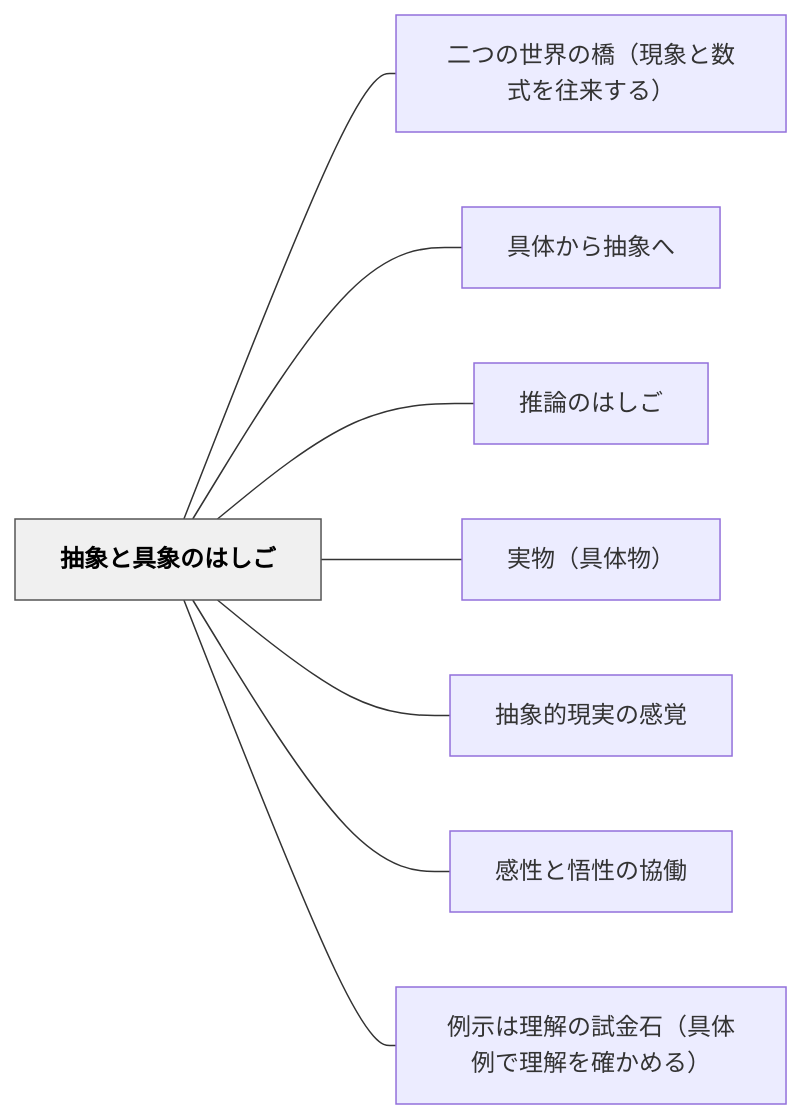
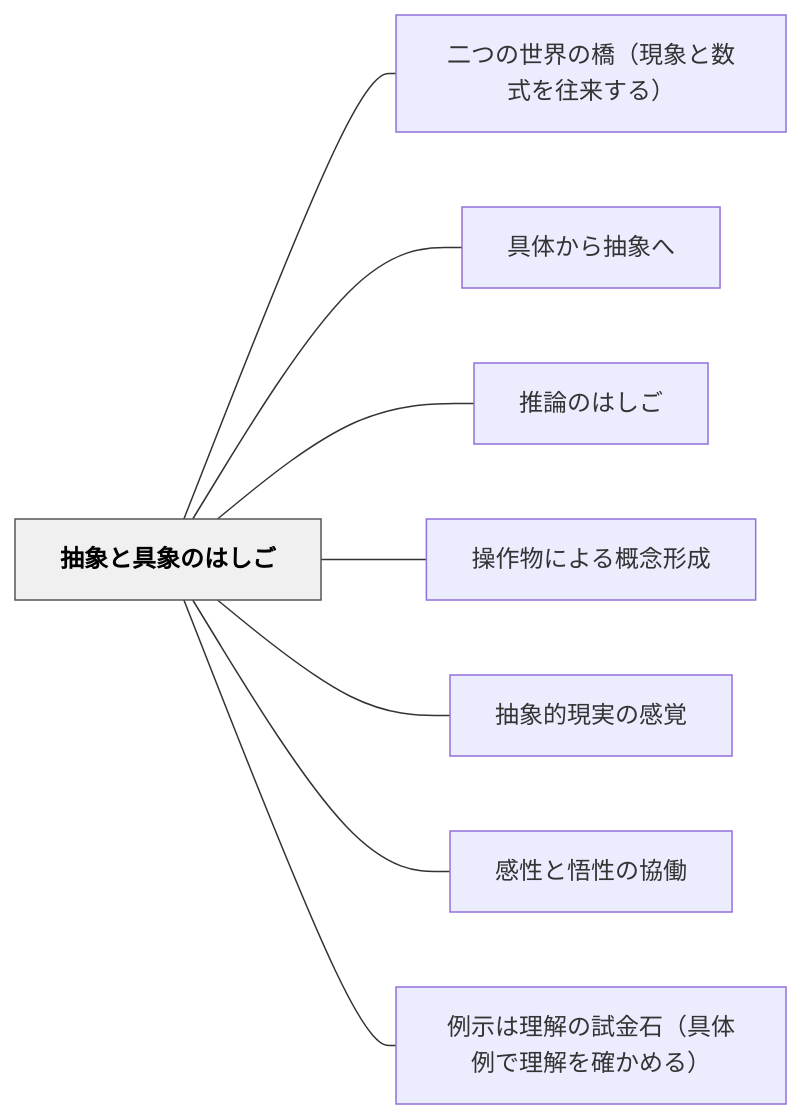
One commit to unknownthings-ed-patterns/unknownthings-ed-patterns changed the diagram in content/パタン/抽象と具象のはしご.md. Above: the diagram before and after it, drawn with Mermaid. The commit also changed other lines of this file and 13 other files, not shown here.

````diff
--- a/content/パタン/抽象と具象のはしご.md
+++ b/content/パタン/抽象と具象のはしご.md
@@ -145,22 +145,22 @@
 ```mermaid
 flowchart LR
     ne68abde8b1a1e381a8e585b7e8b1a1e381aee381afe38197e38194["抽象と具象のはしご"]
     ne4ba8ce381a4e381aee4b896e7958ce381aee6a98befbc88e78fbee8b1a1e381a8e695b0e5bc8fe38292e5be80e69da5e38199e3828befbc89["二つの世界の橋（現象と数式を往来する）"]
     ne585b7e4bd93e3818be38289e68abde8b1a1e381b8["具体から抽象へ"]
     ne68ea8e8ab96e381aee381afe38197e38194["推論のはしご"]
-    ne5ae9fe789a9efbc88e585b7e4bd93e789a9efbc89["実物（具体物）"]
+    ne6938de4bd9ce789a9e381abe38288e3828be6a682e5bfb5e5bda2e68890["操作物による概念形成"]
     ne68abde8b1a1e79a84e78fbee5ae9fe381aee6849fe8a69a["抽象的現実の感覚"]
     ne6849fe680a7e381a8e6829fe680a7e381aee58d94e5838d["感性と悟性の協働"]
     ne4be8be7a4bae381afe79086e8a7a3e381aee8a9a6e98791e79fb3efbc88e585b7e4bd93e4be8be381a7e79086e8a7a3e38292e7a2bae3818be38281e3828befbc89["例示は理解の試金石（具体例で理解を確かめる）"]
 
     ne68abde8b1a1e381a8e585b7e8b1a1e381aee381afe38197e38194 --- ne4ba8ce381a4e381aee4b896e7958ce381aee6a98befbc88e78fbee8b1a1e381a8e695b0e5bc8fe38292e5be80e69da5e38199e3828befbc89
     ne68abde8b1a1e381a8e585b7e8b1a1e381aee381afe38197e38194 --- ne585b7e4bd93e3818be38289e68abde8b1a1e381b8
     ne68abde8b1a1e381a8e585b7e8b1a1e381aee381afe38197e38194 --- ne68ea8e8ab96e381aee381afe38197e38194
-    ne68abde8b1a1e381a8e585b7e8b1a1e381aee381afe38197e38194 --- ne5ae9fe789a9efbc88e585b7e4bd93e789a9efbc89
+    ne68abde8b1a1e381a8e585b7e8b1a1e381aee381afe38197e38194 --- ne6938de4bd9ce789a9e381abe38288e3828be6a682e5bfb5e5bda2e68890
     ne68abde8b1a1e381a8e585b7e8b1a1e381aee381afe38197e38194 --- ne68abde8b1a1e79a84e78fbee5ae9fe381aee6849fe8a69a
     ne68abde8b1a1e381a8e585b7e8b1a1e381aee381afe38197e38194 --- ne6849fe680a7e381a8e6829fe680a7e381aee58d94e5838d
     ne68abde8b1a1e381a8e585b7e8b1a1e381aee381afe38197e38194 --- ne4be8be7a4bae381afe79086e8a7a3e381aee8a9a6e98791e79fb3efbc88e585b7e4bd93e4be8be381a7e79086e8a7a3e38292e7a2bae3818be38281e3828befbc89
 
     classDef hub fill:#f0f0f0,stroke:#555,color:#000,font-weight:bold
     class ne68abde8b1a1e381a8e585b7e8b1a1e381aee381afe38197e38194 hub
 ```
````
